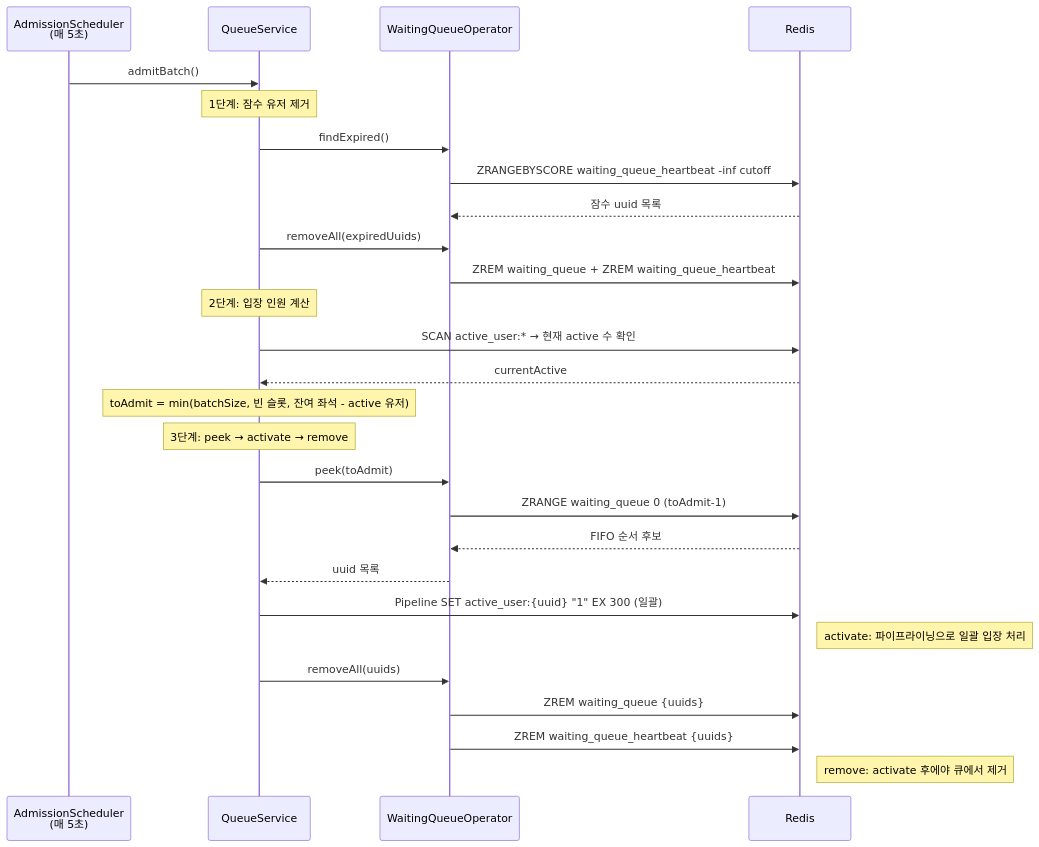
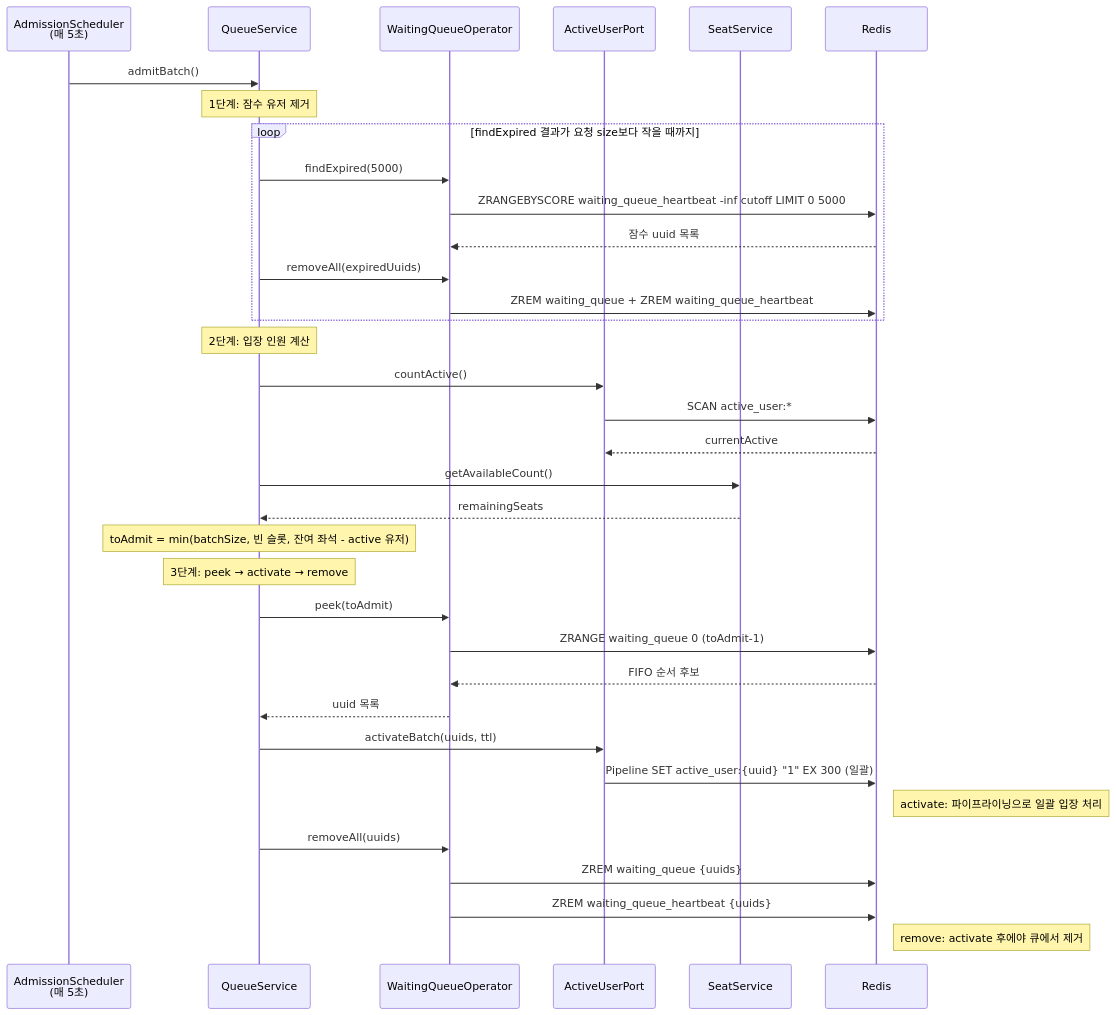
The third of 6 diagrams in README.md (irnd04/zticket), drawn with Mermaid before and after one commit. The commit also changed other lines of this file, not shown here.

Commit message:
docs: 입장 스케줄러 플로우 다이어그램 코드 대조 수정
- ActiveUserPort, SeatService participant 추가
- findExpired(5000) 실제 상수값 반영
- countActive, getAvailableCount, activateBatch 호출 경로 수정
- removeExpireUuids → removeExpired 메서드명 일치
- ZMSCORE 생존 확인 제거 (getRank에서 heartbeat 체크 제거 반영)
- 섹션 번호 정리 (4→3, 5→4, 6→5)

````diff
--- a/README.md
+++ b/README.md
@@ -126,35 +125,43 @@
 ```mermaid
 sequenceDiagram
     participant S as AdmissionScheduler<br/>(매 5초)
     participant Q as QueueService
     participant O as WaitingQueueOperator
+    participant A as ActiveUserPort
+    participant SS as SeatService
     participant R as Redis
 
     S->>Q: admitBatch()
 
     Note over Q: 1단계: 잠수 유저 제거
-    Q->>O: findExpired()
-    O->>R: ZRANGEBYSCORE waiting_queue_heartbeat -inf cutoff
-    R-->>O: 잠수 uuid 목록
-    Q->>O: removeAll(expiredUuids)
-    O->>R: ZREM waiting_queue + ZREM waiting_queue_heartbeat
+    loop findExpired 결과가 요청 size보다 작을 때까지
+        Q->>O: findExpired(5000)
+        O->>R: ZRANGEBYSCORE waiting_queue_heartbeat -inf cutoff LIMIT 0 5000
+        R-->>O: 잠수 uuid 목록
+        Q->>O: removeAll(expiredUuids)
+        O->>R: ZREM waiting_queue + ZREM waiting_queue_heartbeat
+    end
 
     Note over Q: 2단계: 입장 인원 계산
-    Q->>R: SCAN active_user:* → 현재 active 수 확인
-    R-->>Q: currentActive
+    Q->>A: countActive()
+    A->>R: SCAN active_user:*
+    R-->>A: currentActive
+    Q->>SS: getAvailableCount()
+    SS-->>Q: remainingSeats
     Note over Q: toAdmit = min(batchSize, 빈 슬롯, 잔여 좌석 - active 유저)
 
     Note over Q: 3단계: peek → activate → remove
     Q->>O: peek(toAdmit)
     O->>R: ZRANGE waiting_queue 0 (toAdmit-1)
     R-->>O: FIFO 순서 후보
     O-->>Q: uuid 목록
 
-    Q->>R: Pipeline SET active_user:{uuid} "1" EX 300 (일괄)
+    Q->>A: activateBatch(uuids, ttl)
+    A->>R: Pipeline SET active_user:{uuid} "1" EX 300 (일괄)
     Note right of R: activate: 파이프라이닝으로 일괄 입장 처리
 
     Q->>O: removeAll(uuids)
     O->>R: ZREM waiting_queue {uuids}
     O->>R: ZREM waiting_queue_heartbeat {uuids}
     Note right of R: remove: activate 후에야 큐에서 제거
 ```
````
